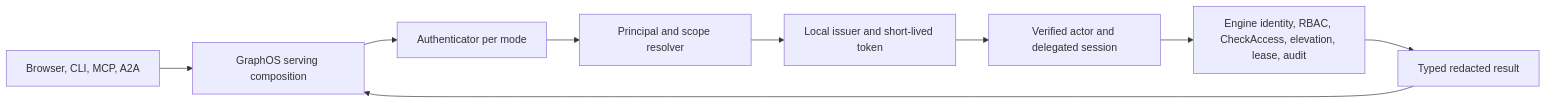
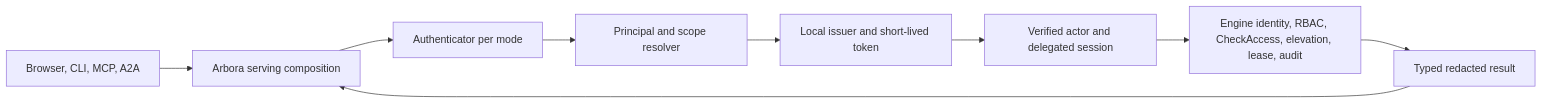
One commit to Knuckles-Team/arbora changed the diagram in specs/identity-access/plan.md. Above: the diagram before and after it, drawn with Mermaid. The commit also changed other lines of this file and 1682 other files, not shown here.

First line of the commit message:
refactor: rename the graph-os project to arbora

````diff
--- a/specs/identity-access/plan.md
+++ b/specs/identity-access/plan.md
@@ -9,11 +9,11 @@
 ```mermaid
 flowchart LR
-    B["Browser, CLI, MCP, A2A"] --> C[GraphOS serving composition]
+    B["Browser, CLI, MCP, A2A"] --> C[Arbora serving composition]
     C --> A[Authenticator per mode]
     A --> P[Principal and scope resolver]
     P --> I[Local issuer and short-lived token]
     I --> U[Verified actor and delegated session]
     U --> E["Engine identity, RBAC, CheckAccess, elevation, lease, audit"]
     E --> R[Typed redacted result]
     R --> C
 ```
````
